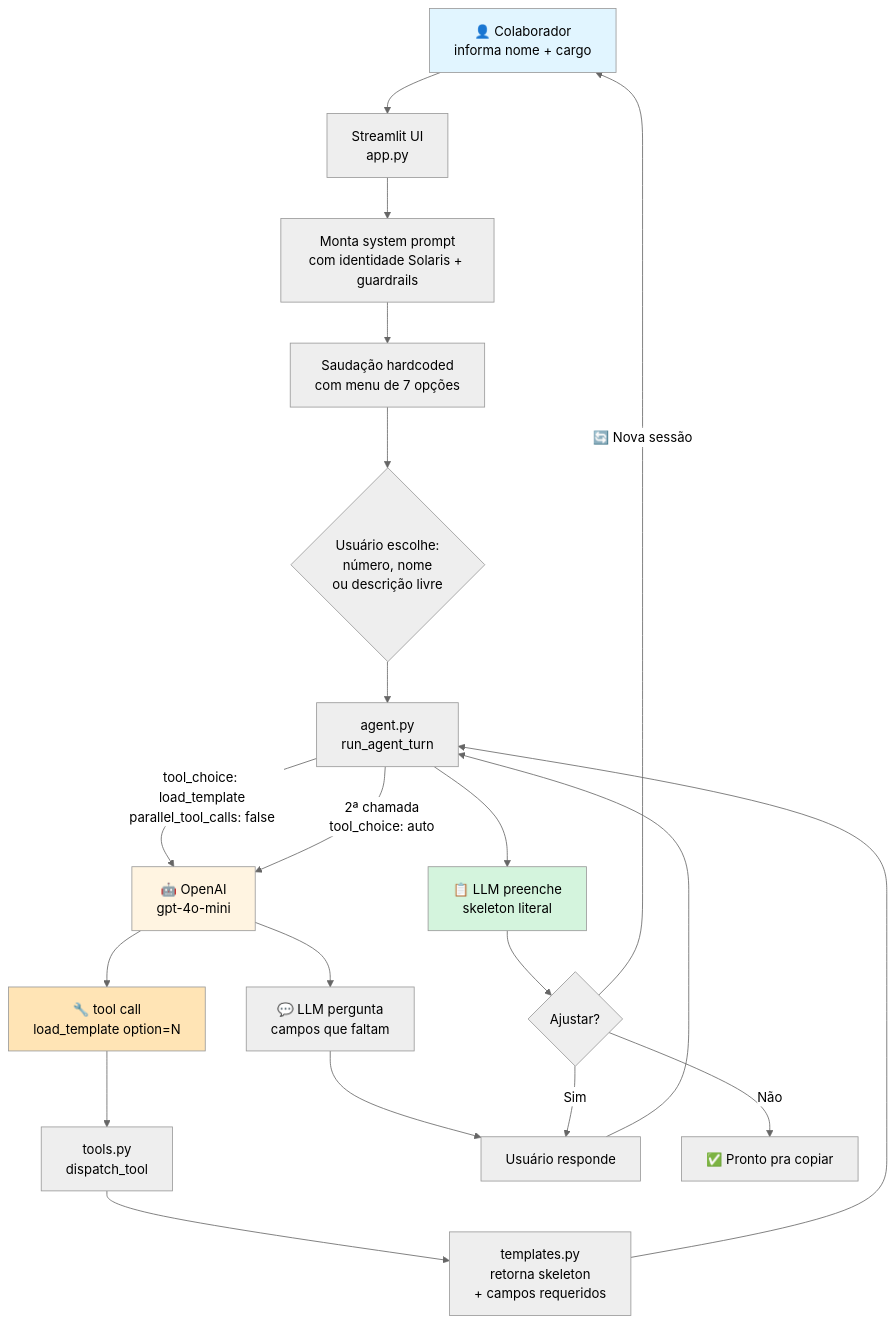
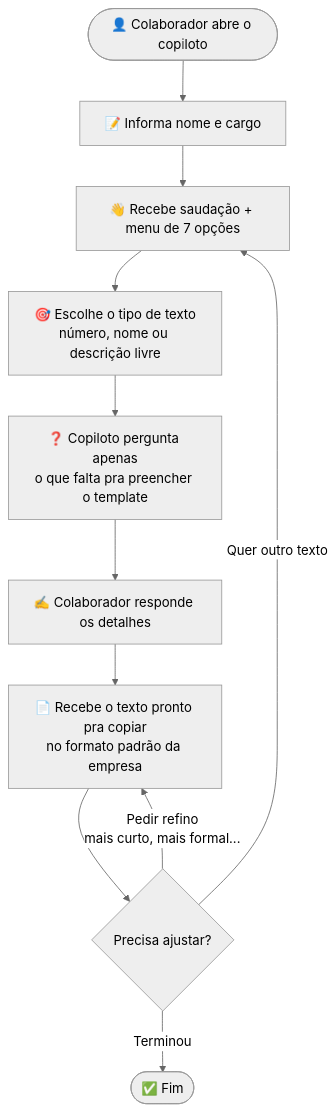
The first of 2 diagrams in README.md (LuisErlacher/fundamentos-ia-generativa), drawn with Mermaid (neutral theme) before and after one commit. The commit also changed other lines of this file, not shown here.

Commit message:
docs: simplifica fluxograma do README para jornada do usuário
- Substitui diagrama técnico (módulos/params) por fluxo puro do usuário:
  login -> menu -> escolha -> perguntas -> entrega -> refino
- Remove fills pastel que ficavam ilegíveis no tema dark do GitHub
- Nota explicativa curta abaixo do diagrama

````diff
--- a/README.md
+++ b/README.md
@@ -26,27 +26,13 @@
 ```mermaid
 flowchart TD
-    A[👤 Colaborador<br/>informa nome + cargo] --> B[Streamlit UI<br/>app.py]
-    B --> C[Monta system prompt<br/>com identidade Solaris + guardrails]
-    C --> D[Saudação hardcoded<br/>com menu de 7 opções]
-    D --> E{Usuário escolhe:<br/>número, nome<br/>ou descrição livre}
-    E --> F[agent.py<br/>run_agent_turn]
-    F -->|tool_choice: load_template<br/>parallel_tool_calls: false| G[🤖 OpenAI<br/>gpt-4o-mini]
-    G --> H[🔧 tool call<br/>load_template option=N]
-    H --> I[tools.py<br/>dispatch_tool]
-    I --> J[templates.py<br/>retorna skeleton<br/>+ campos requeridos]
-    J --> F
-    F -->|2ª chamada<br/>tool_choice: auto| G
-    G --> K[💬 LLM pergunta<br/>campos que faltam]
-    K --> L[Usuário responde]
-    L --> F
-    F --> M[📋 LLM preenche<br/>skeleton literal]
-    M --> N{Ajustar?}
-    N -->|Sim| L
-    N -->|🔄 Nova sessão| A
-    N -->|Não| O[✅ Pronto pra copiar]
-
-    style A fill:#e1f5ff
-    style G fill:#fff4e1
-    style H fill:#ffe4b5
-    style M fill:#d4f4dd
+    A([👤 Colaborador abre o copiloto]) --> B[📝 Informa nome e cargo]
+    B --> C[👋 Recebe saudação + menu de 7 opções]
+    C --> D[🎯 Escolhe o tipo de texto<br/>número, nome ou descrição livre]
+    D --> E[❓ Copiloto pergunta apenas<br/>o que falta pra preencher o template]
+    E --> F[✍️ Colaborador responde os detalhes]
+    F --> G[📄 Recebe o texto pronto pra copiar<br/>no formato padrão da empresa]
+    G --> H{Precisa ajustar?}
+    H -->|Pedir refino<br/>mais curto, mais formal...| G
+    H -->|Quer outro texto| C
+    H -->|Terminou| I([✅ Fim])
 ```
````
